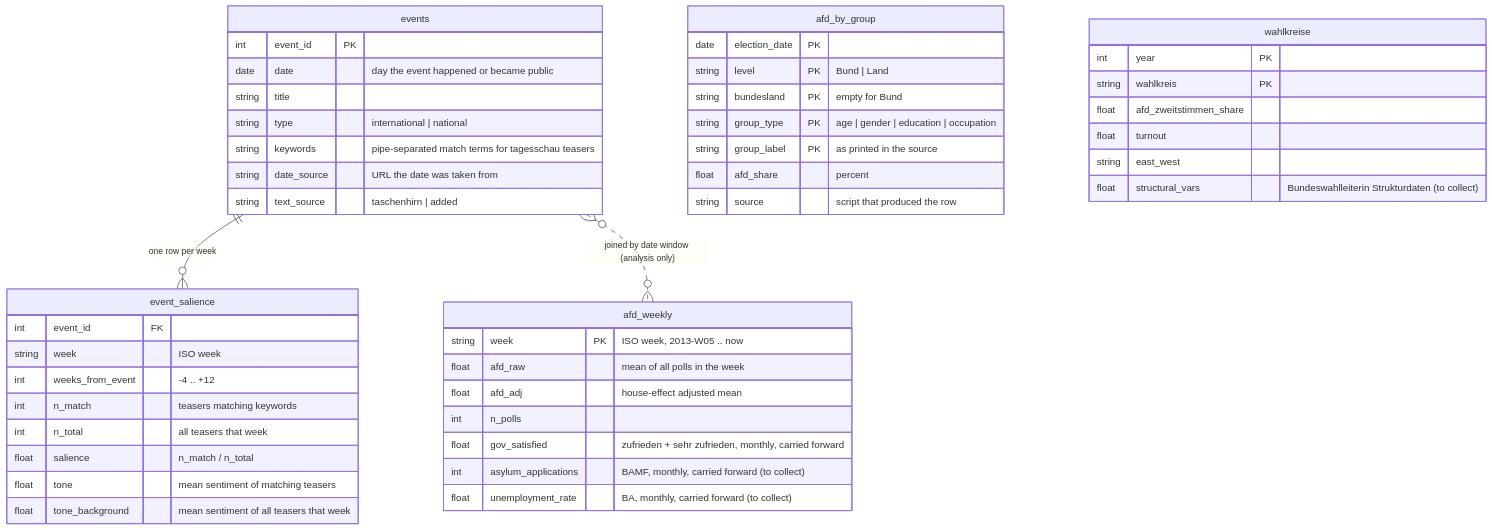
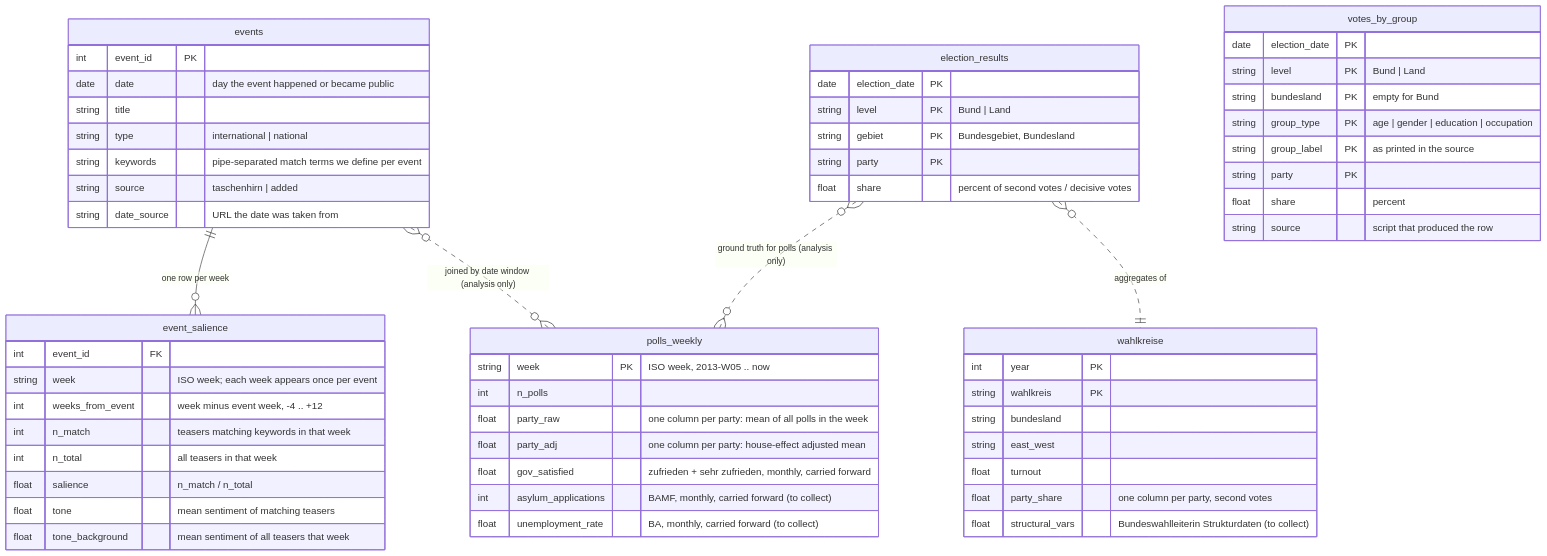
The diagram in docs/data_model.md (zebraschmetterling/DALAS-Project), drawn with Mermaid before and after one commit. The commit also changed other lines of this file, not shown here.

Commit message:
Data model: all parties, election_results table, clarify keywords and weeks_from_event

````diff
--- a/docs/data_model.md
+++ b/docs/data_model.md
@@ -12,55 +15,67 @@
 ```mermaid
 erDiagram
     events ||--o{ event_salience : "one row per week"
-    events }o..o{ afd_weekly : "joined by date window (analysis only)"
+    events }o..o{ polls_weekly : "joined by date window (analysis only)"
+    election_results }o..o{ polls_weekly : "ground truth for polls (analysis only)"
+    election_results }o..|| wahlkreise : "aggregates of"
 
-    afd_weekly {
+    polls_weekly {
         string week PK "ISO week, 2013-W05 .. now"
-        float afd_raw "mean of all polls in the week"
-        float afd_adj "house-effect adjusted mean"
         int n_polls
+        float party_raw "one column per party: mean of all polls in the week"
+        float party_adj "one column per party: house-effect adjusted mean"
         float gov_satisfied "zufrieden + sehr zufrieden, monthly, carried forward"
         int asylum_applications "BAMF, monthly, carried forward (to collect)"
         float unemployment_rate "BA, monthly, carried forward (to collect)"
     }
 
     events {
         int event_id PK
         date date "day the event happened or became public"
         string title
         string type "international | national"
-        string keywords "pipe-separated match terms for tagesschau teasers"
+        string keywords "pipe-separated match terms we define per event"
+        string source "taschenhirn | added"
         string date_source "URL the date was taken from"
-        string text_source "taschenhirn | added"
     }
 
     event_salience {
         int event_id FK
-        string week "ISO week"
-        int weeks_from_event "-4 .. +12"
-        int n_match "teasers matching keywords"
-        int n_total "all teasers that week"
+        string week "ISO week; each week appears once per event"
+        int weeks_from_event "week minus event week, -4 .. +12"
+        int n_match "teasers matching keywords in that week"
+        int n_total "all teasers in that week"
         float salience "n_match / n_total"
         float tone "mean sentiment of matching teasers"
         float tone_background "mean sentiment of all teasers that week"
     }
 
-    afd_by_group {
+    votes_by_group {
         date election_date PK
         string level PK "Bund | Land"
         string bundesland PK "empty for Bund"
         string group_type PK "age | gender | education | occupation"
         string group_label PK "as printed in the source"
-        float afd_share "percent"
+        string party PK
+        float share "percent"
         string source "script that produced the row"
+    }
+
+    election_results {
+        date election_date PK
+        string level PK "Bund | Land"
+        string gebiet PK "Bundesgebiet, Bundesland"
+        string party PK
+        float share "percent of second votes / decisive votes"
     }
 
     wahlkreise {
         int year PK
         string wahlkreis PK
-        float afd_zweitstimmen_share
+        string bundesland
+        string east_west
         float turnout
-        string east_west
+        float party_share "one column per party, second votes"
         float structural_vars "Bundeswahlleiterin Strukturdaten (to collect)"
     }
 ```
````
